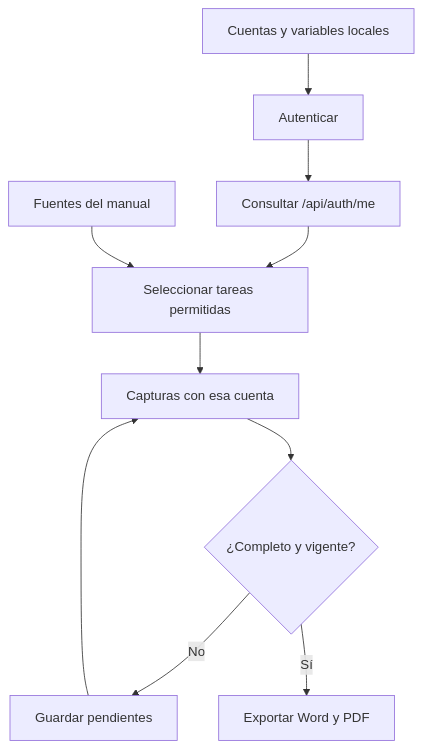
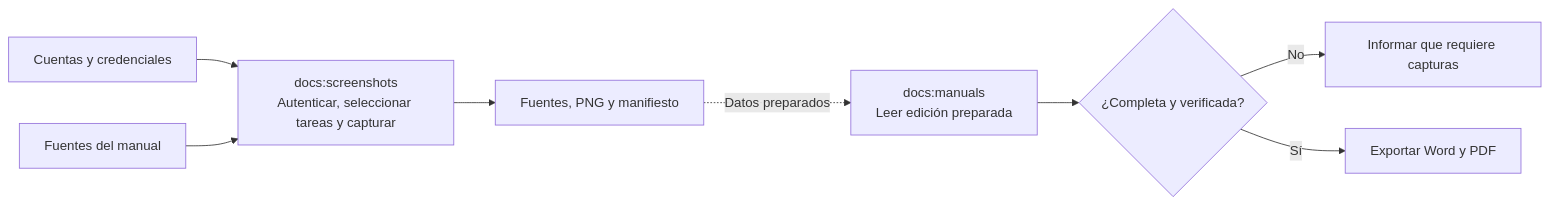
Before and after one commit to gpgsistemas01/nexus: the diagram in front/docs/governance/06-manuals-by-access.md, drawn with Mermaid. The commit also changed other lines of this file and 18 other files, not shown here.

````diff
--- a/front/docs/governance/06-manuals-by-access.md
+++ b/front/docs/governance/06-manuals-by-access.md
@@ -95,12 +102,10 @@
 ```mermaid
-flowchart TB
-    cfg["Cuentas y variables locales"] --> auth["Autenticar"]
-    auth --> session["Consultar /api/auth/me"]
-    session --> plan["Seleccionar tareas permitidas"]
-    source["Fuentes del manual"] --> plan
-    plan --> capture["Capturas con esa cuenta"]
-    capture --> ready{"¿Completo y vigente?"}
-    ready -->|No| pending["Guardar pendientes"]
-    pending --> capture
+flowchart LR
+    cfg["Cuentas y credenciales"] --> capture["docs:screenshots<br/>Autenticar, seleccionar tareas y capturar"]
+    source["Fuentes del manual"] --> capture
+    capture --> saved["Fuentes, PNG y manifiesto"]
+    saved -.->|Datos preparados| export["docs:manuals<br/>Leer edición preparada"]
+    export --> ready{"¿Completa y verificada?"}
+    ready -->|No| blocked["Informar que requiere capturas"]
     ready -->|Sí| publish["Exportar Word y PDF"]
 ```
````
